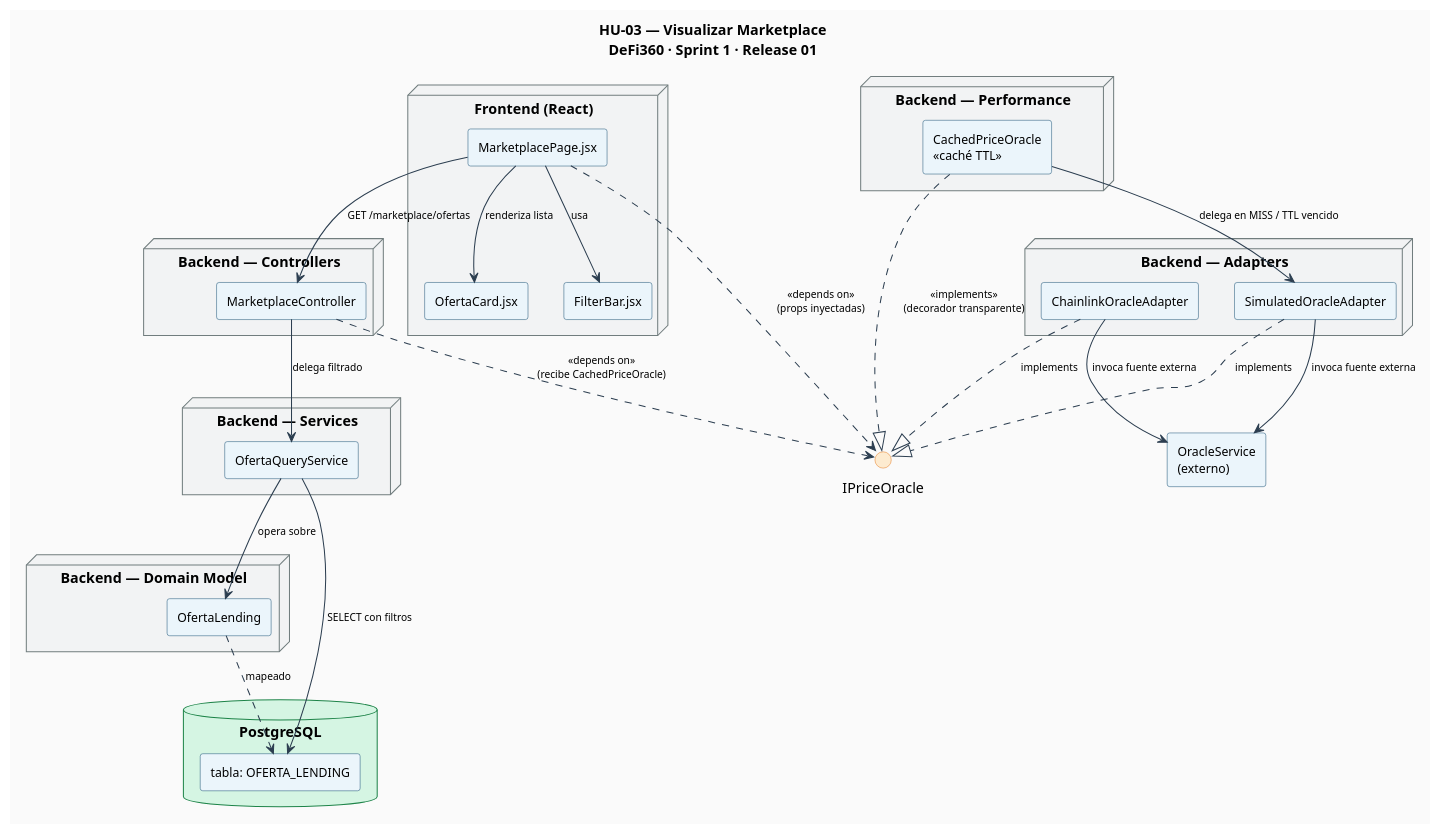
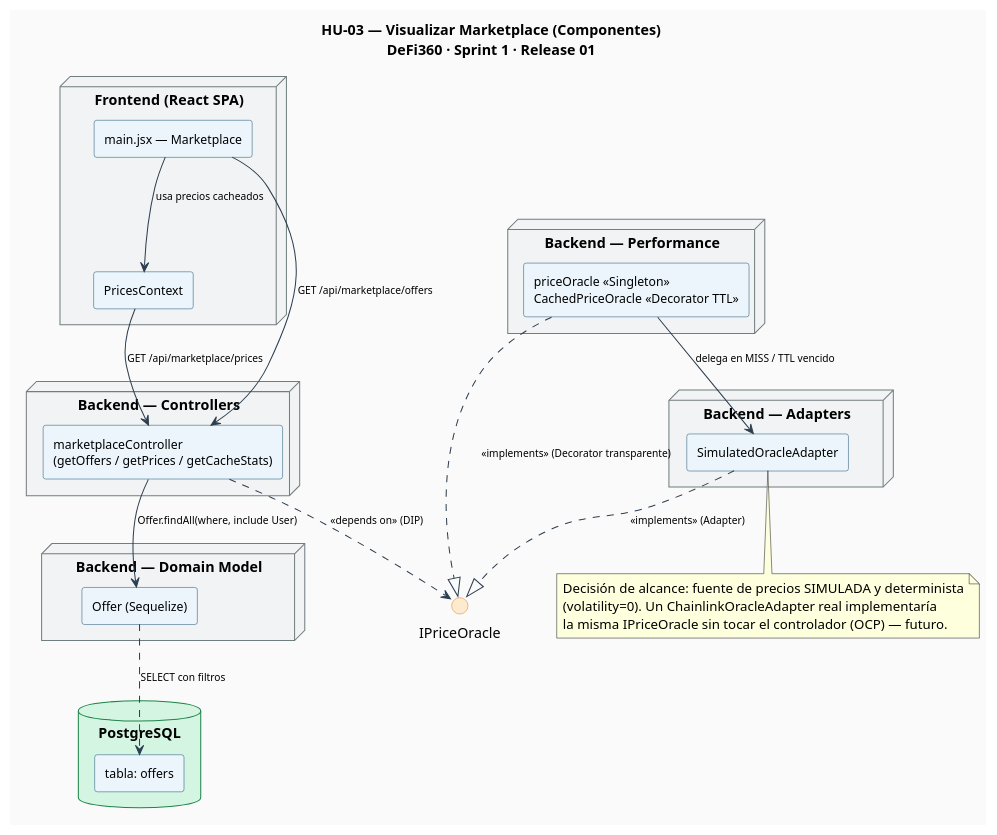
Before and after one commit to Brando-01/Software2: the diagram in Diagramas/Diagrama Componentes HU-03_Visualizar_Marketplace.puml, drawn with PlantUML. The commit also changed 24 other files, not shown here.

Commit message:
docs(diagramas): diagramas UML Release 01 y Release 02 (general y por HU)

```diff
--- a/Diagramas/Diagrama Componentes HU-03_Visualizar_Marketplace.puml
+++ b/Diagramas/Diagrama Componentes HU-03_Visualizar_Marketplace.puml
@@ -1,99 +1,80 @@
 @startuml HU-03_Visualizar_Marketplace
-title HU-03 — Visualizar Marketplace\nDeFi360 · Sprint 1 · Release 01
+title HU-03 — Visualizar Marketplace (Componentes)\nDeFi360 · Sprint 1 · Release 01
 
 skinparam componentStyle rectangle
 skinparam backgroundColor #FAFAFA
 skinparam component {
   BackgroundColor #EBF5FB
   BorderColor #1A5276
   FontSize 12
 }
 skinparam interface {
   BackgroundColor #FDEBD0
   BorderColor #E67E22
 }
 skinparam node {
   BackgroundColor #F2F3F4
   BorderColor #717D7E
 }
 skinparam database {
   BackgroundColor #D5F5E3
   BorderColor #1E8449
 }
 skinparam arrow {
   Color #2C3E50
   FontSize 10
 }
 
-' ─── FRONTEND ──────────────────────────────────────────────────
-node "Frontend (React)" {
-  [MarketplacePage.jsx] as MktPage
-  [OfertaCard.jsx] as OfertaCard
-  [FilterBar.jsx] as FilterBar
-  
+' ─── FRONTEND ───────────────────────────────────────────────────
+node "Frontend (React SPA)" {
+  [main.jsx — Marketplace] as MktPage
+  [PricesContext] as PricesCtx
 }
 
-' ─── INTERFAZ ORACLE (DIP + OCP) ───────────────────────────────
+' ─── CONTROLADOR ────────────────────────────────────────────────
+node "Backend — Controllers" {
+  [marketplaceController\n(getOffers / getPrices / getCacheStats)] as MktCtrl
+}
+
+' ─── ABSTRACCIÓN ORACLE (DIP) ───────────────────────────────────
 interface "IPriceOracle" as IOracle
 
+' ─── DECORATOR: CACHÉ TTL (táctica de performance) ──────────────
+node "Backend — Performance" {
+  [priceOracle «Singleton»\nCachedPriceOracle «Decorator TTL»] as CacheOracle
+}
 
-' ─── ADAPTER ───────────────────────────────────────────────────
+' ─── ADAPTER (fuente simulada) ──────────────────────────────────
 node "Backend — Adapters" {
   [SimulatedOracleAdapter] as SimOracle
-  [ChainlinkOracleAdapter] as ChainOracle
-
 }
 
-' ─── TÁCTICA DE PERFORMANCE: CACHÉ CON TTL ─────────────────────
-node "Backend — Performance" {
-  [CachedPriceOracle\n«caché TTL»] as CacheOracle
-
+' ─── MODELO ─────────────────────────────────────────────────────
+node "Backend — Domain Model" {
+  [Offer (Sequelize)] as OfferModel
 }
 
-' ─── SERVICIO DE CONSULTA ──────────────────────────────────────
-node "Backend — Services" {
-  [OfertaQueryService] as OQuery
-  
+database "PostgreSQL" as PG {
+  [tabla: offers] as TblOffers
 }
 
-' ─── CONTROLADOR ───────────────────────────────────────────────
-node "Backend — Controllers" {
-  [MarketplaceController] as MktCtrl
-  
-}
+' ─── RELACIONES ─────────────────────────────────────────────────
+MktPage     --> PricesCtx   : usa precios cacheados
+PricesCtx   --> MktCtrl     : GET /api/marketplace/prices
+MktPage     --> MktCtrl     : GET /api/marketplace/offers
 
-' ─── ENTIDAD / MODELO ──────────────────────────────────────────
-node "Backend — Domain Model" {
-  [OfertaLending] as OfertaModel
-  
-}
+MktCtrl     ..> IOracle     : «depends on» (DIP)
+CacheOracle ..|> IOracle    : «implements» (Decorator transparente)
+SimOracle   ..|> IOracle    : «implements» (Adapter)
+CacheOracle --> SimOracle   : delega en MISS / TTL vencido
 
-' ─── BASE DE DATOS ─────────────────────────────────────────────
-database "PostgreSQL" as PG {
-  [tabla: OFERTA_LENDING] as TblOferta
-}
+MktCtrl     --> OfferModel  : Offer.findAll(where, include User)
+OfferModel  ..> TblOffers   : SELECT con filtros
 
-' ─── FUENTE EXTERNA ────────────────────────────────────────────
-[OracleService\n(externo)] as ExtOracle
-
-' ─── RELACIONES ────────────────────────────────────────────────
-MktPage       --> FilterBar         : usa
-MktPage       --> OfertaCard        : renderiza lista
-
-MktPage       ..> IOracle           : «depends on»\n(props inyectadas)
-SimOracle     ..|> IOracle          : «implements»
-ChainOracle   ..|> IOracle          : «implements»
-CacheOracle   ..|> IOracle          : «implements»\n(decorador transparente)
-CacheOracle   --> SimOracle         : delega en MISS / TTL vencido
-SimOracle     --> ExtOracle         : invoca fuente externa
-ChainOracle   --> ExtOracle         : invoca fuente externa
-
-MktPage       --> MktCtrl           : GET /marketplace/ofertas
-
-MktCtrl       ..> IOracle           : «depends on»\n(recibe CachedPriceOracle)
-MktCtrl       --> OQuery            : delega filtrado
-OQuery        --> OfertaModel       : opera sobre
-OQuery        --> TblOferta         : SELECT con filtros
-OfertaModel   ..> TblOferta         : mapeado
+note bottom of SimOracle
+  Decisión de alcance: fuente de precios SIMULADA y determinista
+  (volatility=0). Un ChainlinkOracleAdapter real implementaría
+  la misma IPriceOracle sin tocar el controlador (OCP) — futuro.
+end note
 
 @enduml
```
